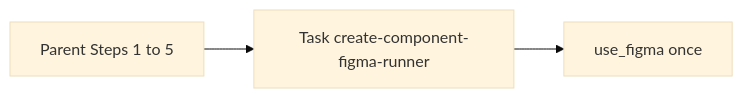
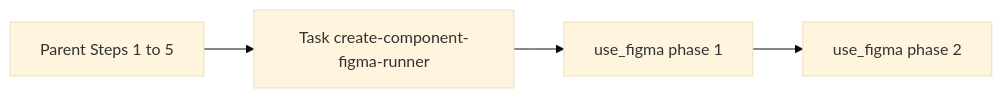
The diagram in skills/create-component/conventions/08-cursor-composer-mcp.md (JBabcock-DL/DesignOps-plugin), drawn with Mermaid (base theme) before and after one commit. The commit also changed other lines of this file and 19 other files, not shown here.

````diff
--- a/skills/create-component/conventions/08-cursor-composer-mcp.md
+++ b/skills/create-component/conventions/08-cursor-composer-mcp.md
@@ -42,8 +54,10 @@
 ```mermaid
 flowchart LR
   parent[Parent Steps 1 to 5]
   taskNode[Task create-component-figma-runner]
-  mcpNode[use_figma once]
+  mcp1[use_figma phase 1]
+  mcp2[use_figma phase 2]
   parent --> taskNode
-  taskNode --> mcpNode
+  taskNode --> mcp1
+  mcp1 --> mcp2
 ```
````
